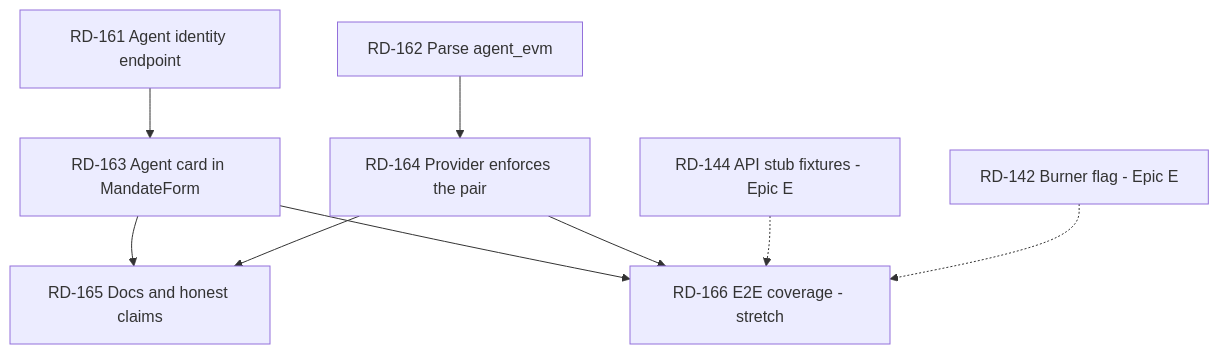
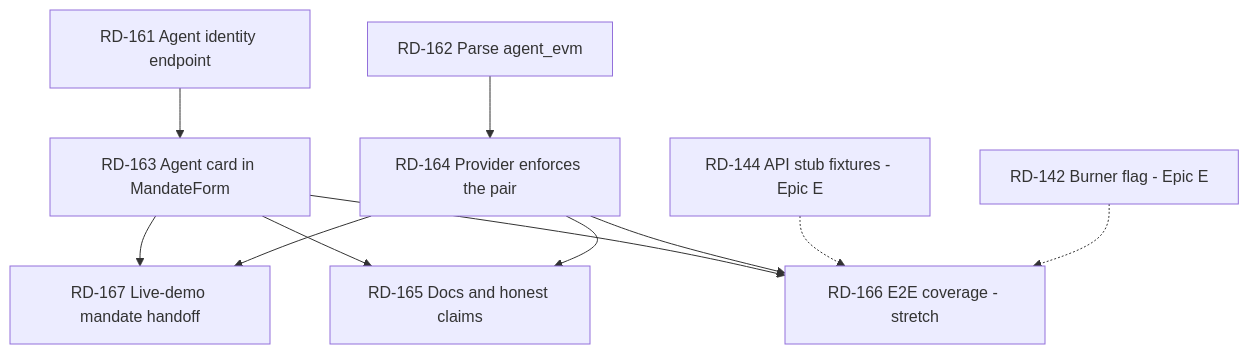
Before and after one commit to c3n21/casium: the diagram in plan/backlog-identity.md, drawn with Mermaid. The commit also changed other lines of this file and 5 other files, not shown here.

First line of the commit message:
feat(demo-ux): RD-167 live-demo mandate handoff, remove smoke default

````diff
--- a/plan/backlog-identity.md
+++ b/plan/backlog-identity.md
@@ -221,19 +245,22 @@
 ```mermaid
 flowchart TD
   I161[RD-161 Agent identity endpoint]
   I162[RD-162 Parse agent_evm]
   I163[RD-163 Agent card in MandateForm]
   I164[RD-164 Provider enforces the pair]
   I165[RD-165 Docs and honest claims]
   I166[RD-166 E2E coverage - stretch]
+  I167[RD-167 Live-demo mandate handoff]
 
   I161 --> I163
   I162 --> I164
   I163 --> I165
   I164 --> I165
   I163 --> I166
   I164 --> I166
+  I163 --> I167
+  I164 --> I167
 
   E144[RD-144 API stub fixtures - Epic E] -.-> I166
   E142[RD-142 Burner flag - Epic E] -.-> I166
 ```
````
